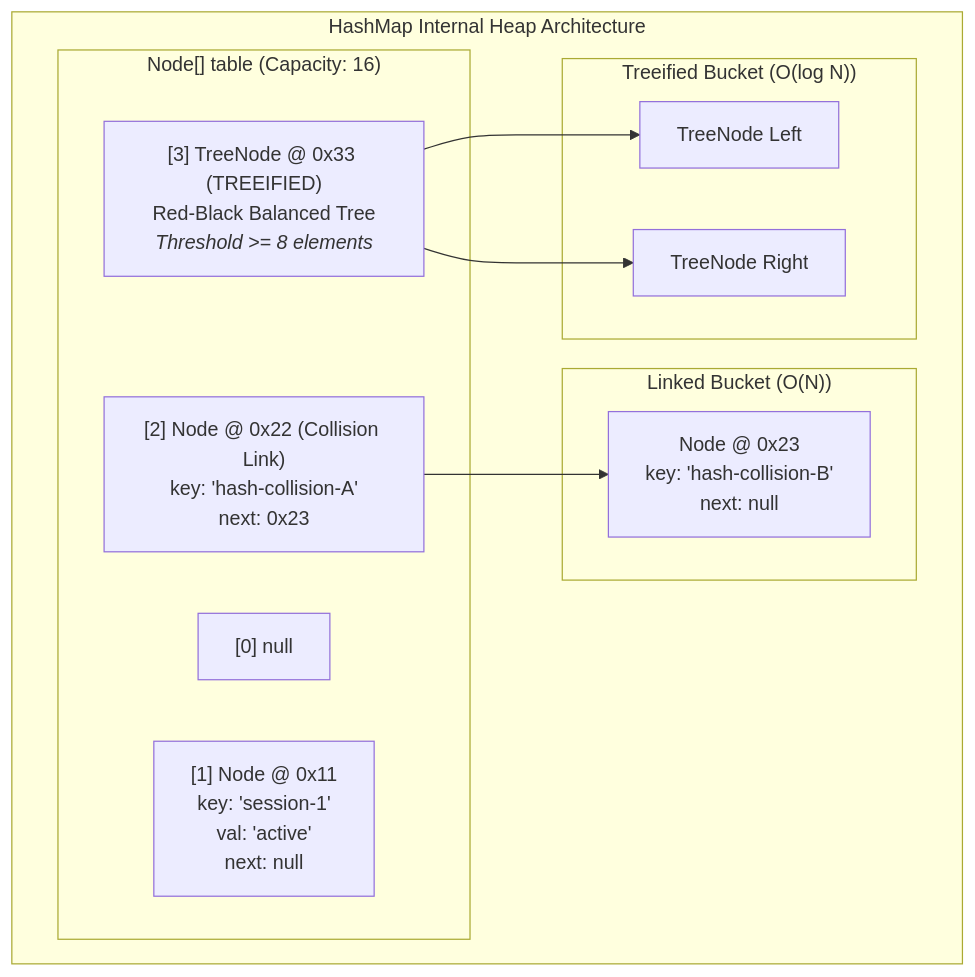
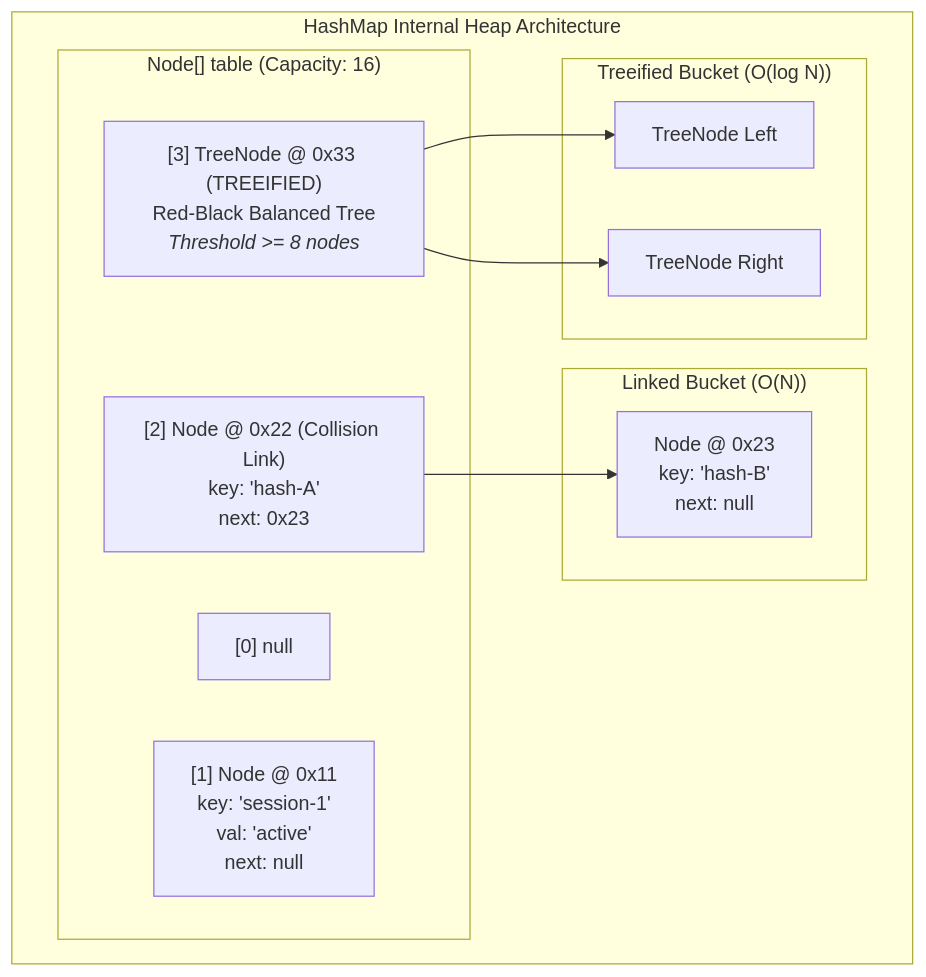
One commit to SrinuRenangi/Gen-AI-Java changed the third of 4 diagrams in Phase_01_Java_Foundations/Day_04_Generics_Collections_DataStructures/Day_04_Generics_Collections_DataStructures.md. Above: the diagram before and after it, drawn with Mermaid. The commit also changed other lines of this file, not shown here.

````diff
--- a/Phase_01_Java_Foundations/Day_04_Generics_Collections_DataStructures/Day_04_Generics_Collections_DataStructures.md
+++ b/Phase_01_Java_Foundations/Day_04_Generics_Collections_DataStructures/Day_04_Generics_Collections_DataStructures.md
@@ -195,24 +311,24 @@
 ```mermaid
 graph TD
     subgraph HashMapStructure ["HashMap Internal Heap Architecture"]
         subgraph BucketArray ["Node<K,V>[] table (Capacity: 16)"]
             B0["[0] null"]
             B1["[1] Node @ 0x11<br>key: 'session-1'<br>val: 'active'<br>next: null"]
-            B2["[2] Node @ 0x22 (Collision Link)<br>key: 'hash-collision-A'<br>next: 0x23"]
-            B3["[3] TreeNode @ 0x33 (TREEIFIED)<br>Red-Black Balanced Tree<br><i>Threshold >= 8 elements</i>"]
+            B2["[2] Node @ 0x22 (Collision Link)<br>key: 'hash-A'<br>next: 0x23"]
+            B3["[3] TreeNode @ 0x33 (TREEIFIED)<br>Red-Black Balanced Tree<br><i>Threshold >= 8 nodes</i>"]
         end
 
         subgraph CollidedBucket2 ["Linked Bucket (O(N))"]
-            N_Coll1["Node @ 0x23<br>key: 'hash-collision-B'<br>next: null"]
+            N_Coll1["Node @ 0x23<br>key: 'hash-B'<br>next: null"]
         end
 
         subgraph TreeBucket3 ["Treeified Bucket (O(log N))"]
             T_Left["TreeNode Left"]
             T_Right["TreeNode Right"]
         end
 
         B2 --> N_Coll1
         B3 --> T_Left
         B3 --> T_Right
     end
 ```
````
